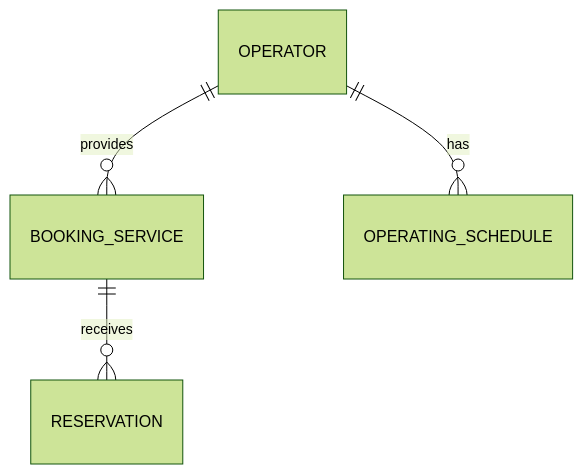
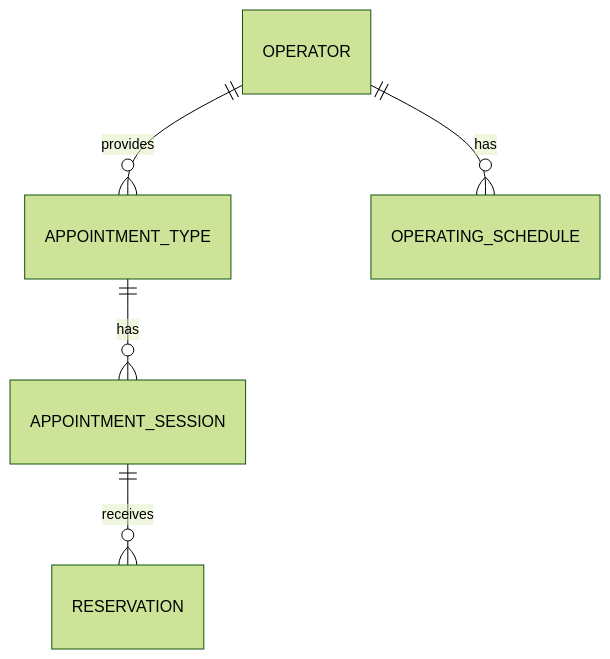
One commit to hayoonleeMe/appointment-platform changed the diagram in docs/domain.md. Above: the diagram before and after it, drawn with Mermaid (forest theme). The commit also changed other lines of this file and 3 other files, not shown here.

````diff
--- a/docs/domain.md
+++ b/docs/domain.md
@@ -72,6 +88,7 @@
 ```mermaid
 erDiagram
-    OPERATOR ||--o{ BOOKING_SERVICE : provides
+    OPERATOR ||--o{ APPOINTMENT_TYPE : provides
     OPERATOR ||--o{ OPERATING_SCHEDULE : has
-    BOOKING_SERVICE ||--o{ RESERVATION : receives
+    APPOINTMENT_TYPE ||--o{ APPOINTMENT_SESSION : has
+    APPOINTMENT_SESSION ||--o{ RESERVATION : receives
 ```
````
